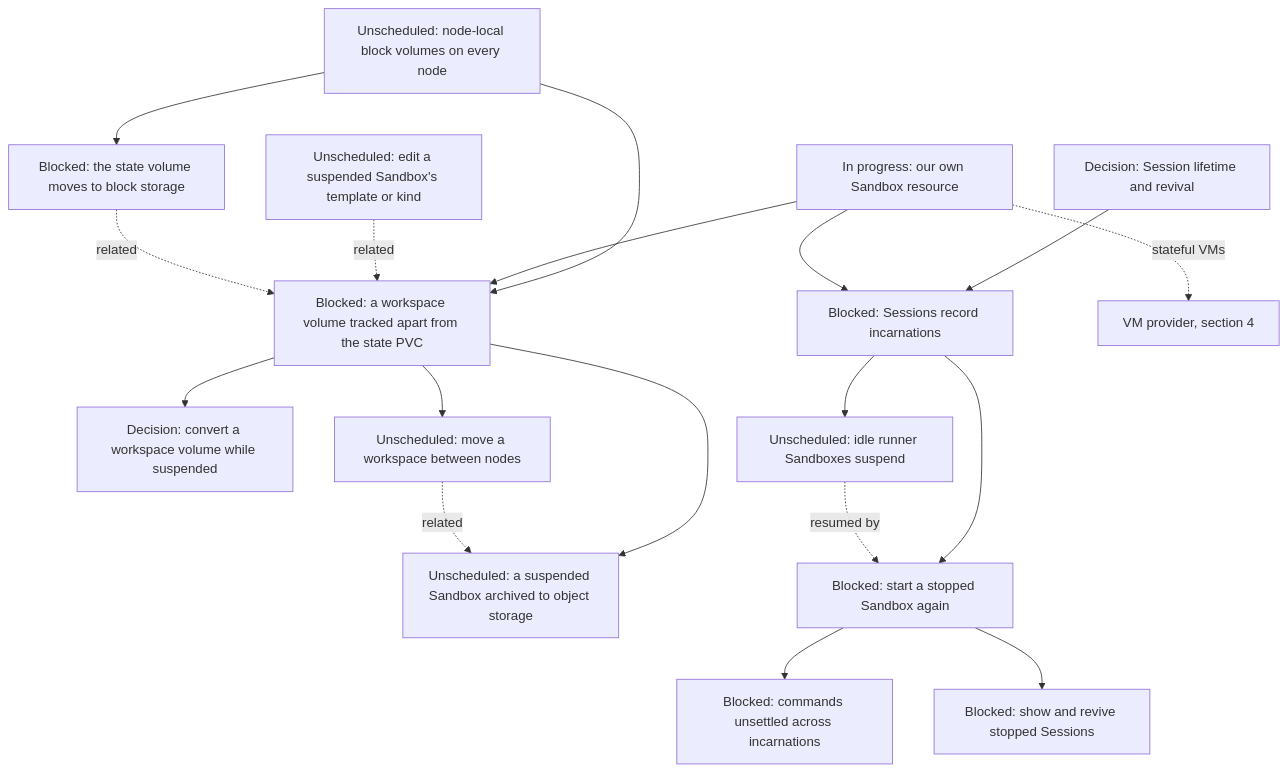
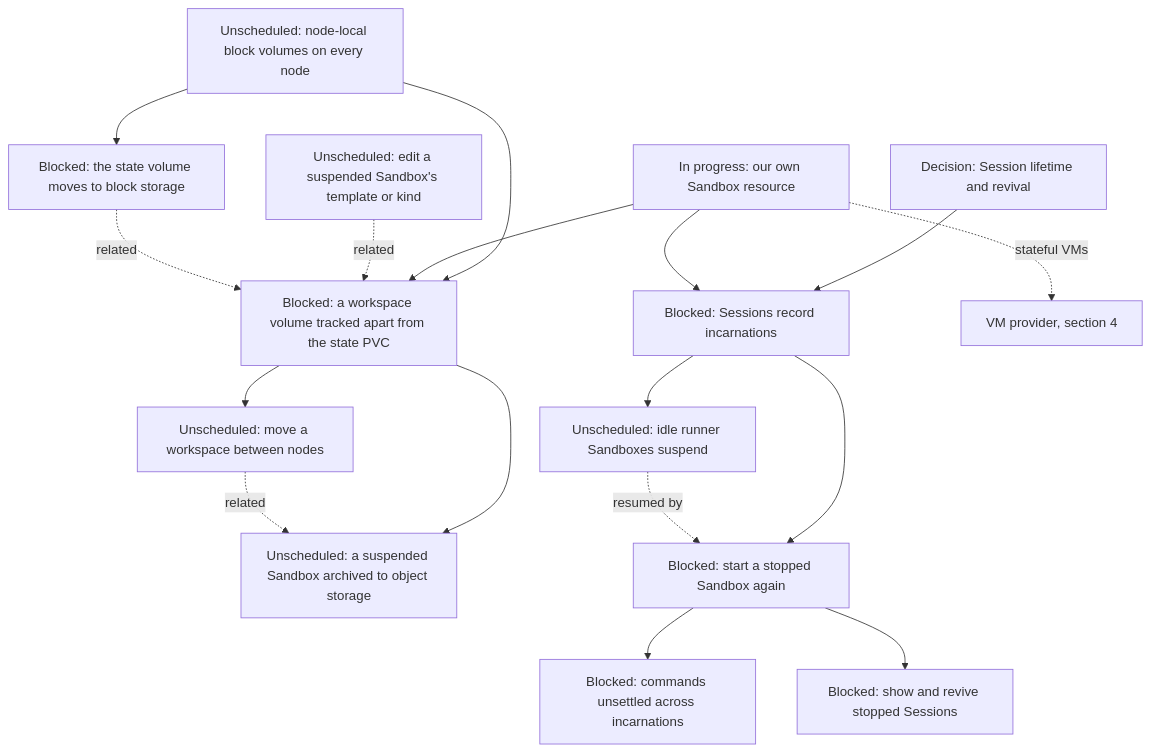
One commit to agentydragon/ducktape changed the ninth of 15 diagrams in agentplane/plans/task_dag.md. Above: the diagram before and after it, drawn with Mermaid. The commit also changed other lines of this file, not shown here.

First line of the commit message:
agentplane: drop WORKSPACE_CONVERSION now that both kinds share block storage

````diff
--- a/agentplane/plans/task_dag.md
+++ b/agentplane/plans/task_dag.md
@@ -663,34 +663,32 @@
 ```mermaid
 flowchart TD
     DURABLE_SESSION_LIFECYCLE[Decision: Session lifetime and revival]
     STATE_VOLUME_BLOCK[Blocked: the state volume moves to block storage]
     NODE_LOCAL_BLOCK_STORAGE[Unscheduled: node-local block volumes on every node]
     WORKSPACE_VOLUME[Blocked: a workspace volume tracked apart from the state PVC]
     SANDBOX_SPEC_EDIT[Unscheduled: edit a suspended Sandbox's template or kind]
-    WORKSPACE_CONVERSION[Decision: convert a workspace volume while suspended]
     WORKSPACE_NODE_PORTABILITY[Unscheduled: move a workspace between nodes]
     SANDBOX_ARCHIVE[Unscheduled: a suspended Sandbox archived to object storage]
     AGENTPLANE_SANDBOX_RESOURCE[In progress: our own Sandbox resource]
     SESSION_INCARNATIONS[Blocked: Sessions record incarnations]
     SESSION_REVIVE[Blocked: start a stopped Sandbox again]
     THREAD_SUCCESSOR_DELIVERY[Blocked: commands unsettled across incarnations]
     HOSTED_THREAD_SURFACES[Blocked: show and revive stopped Sessions]
     VM_PROVIDER[VM provider, section 4]
     DURABLE_SESSION_LIFECYCLE --> SESSION_INCARNATIONS
     NODE_LOCAL_BLOCK_STORAGE --> STATE_VOLUME_BLOCK
     NODE_LOCAL_BLOCK_STORAGE --> WORKSPACE_VOLUME
     AGENTPLANE_SANDBOX_RESOURCE --> WORKSPACE_VOLUME
-    WORKSPACE_VOLUME --> WORKSPACE_CONVERSION
     WORKSPACE_VOLUME --> WORKSPACE_NODE_PORTABILITY
     WORKSPACE_VOLUME --> SANDBOX_ARCHIVE
     WORKSPACE_NODE_PORTABILITY -. related .-> SANDBOX_ARCHIVE
     SANDBOX_SPEC_EDIT -. related .-> WORKSPACE_VOLUME
     STATE_VOLUME_BLOCK -. related .-> WORKSPACE_VOLUME
     AGENTPLANE_SANDBOX_RESOURCE --> SESSION_INCARNATIONS
     AGENTPLANE_SANDBOX_RESOURCE -. stateful VMs .-> VM_PROVIDER
     SESSION_INCARNATIONS --> SESSION_REVIVE
     SESSION_INCARNATIONS --> SANDBOX_IDLE_EXPIRY[Unscheduled: idle runner Sandboxes suspend]
     SANDBOX_IDLE_EXPIRY -. resumed by .-> SESSION_REVIVE
     SESSION_REVIVE --> THREAD_SUCCESSOR_DELIVERY
     SESSION_REVIVE --> HOSTED_THREAD_SURFACES
 ```
````
